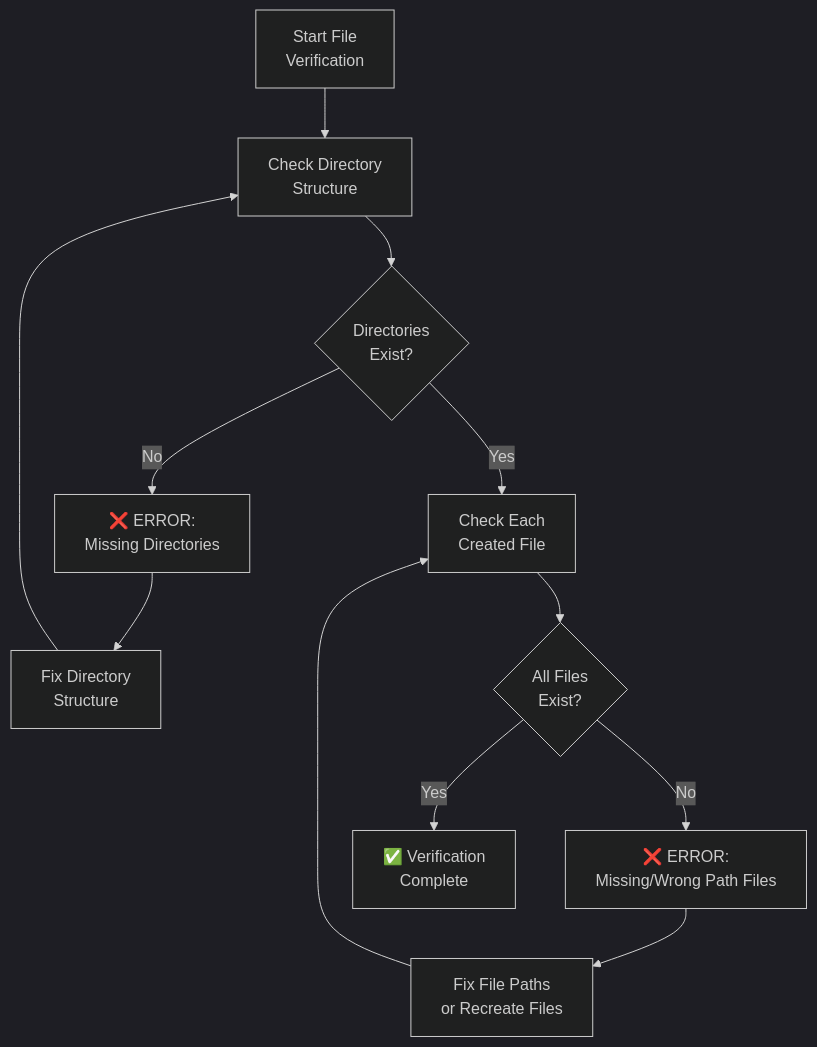
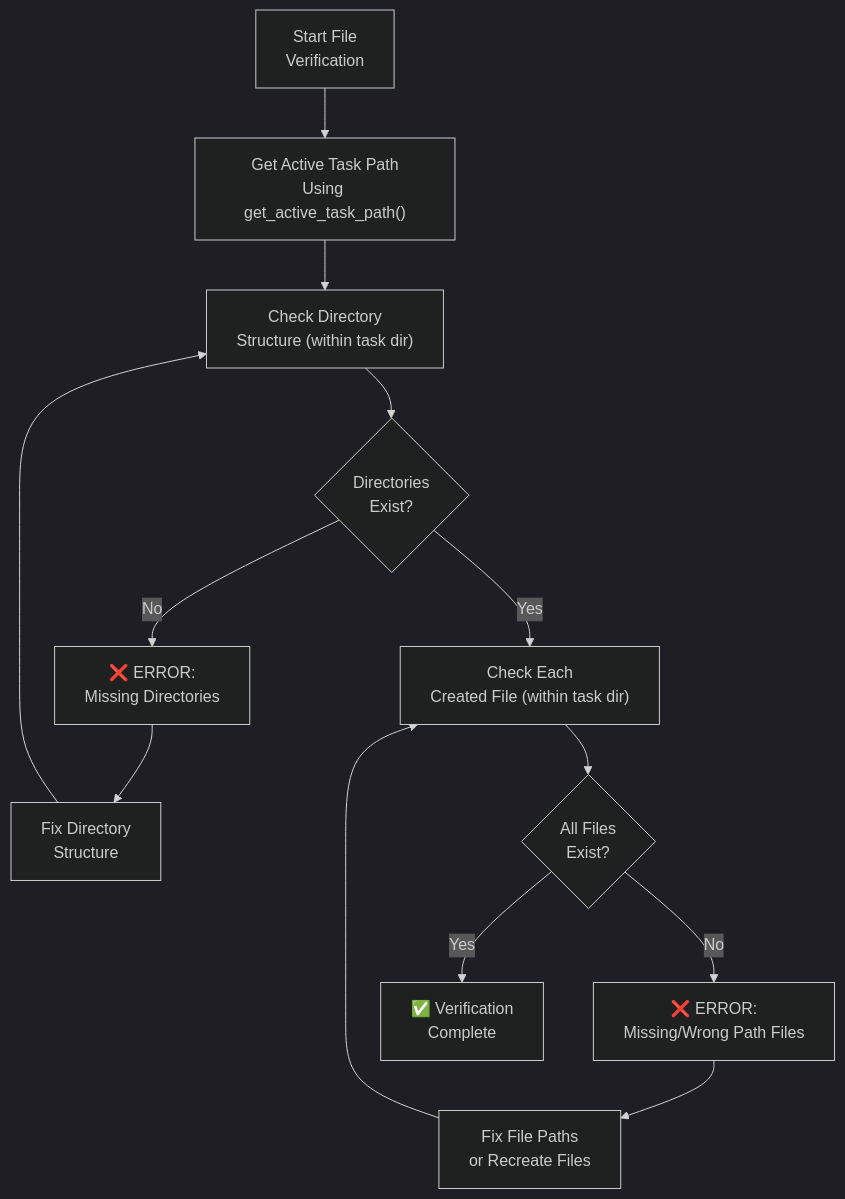
One commit to vanzan01/cursor-memory-bank changed the third of 5 diagrams in .cursor/rules/isolation_rules/visual-maps/implement-mode-map.mdc. Above: the diagram before and after it, drawn with Mermaid (dark theme). The commit also changed other lines of this file and 52 other files, not shown here.

Commit message:
Добавлены новые правила для управления активными задачами и генерации сообщений коммитов. Обновлены существующие правила для улучшения логики обработки контекста и управления задачами. Включены инструкции по созданию заметок для релиза и улучшены диаграммы процесса для режимов ARCHIVE и CREATIVE.

````diff
--- a/.cursor/rules/isolation_rules/visual-maps/implement-mode-map.mdc
+++ b/.cursor/rules/isolation_rules/visual-maps/implement-mode-map.mdc
@@ -133,18 +133,19 @@
 ```mermaid
 graph TD
-    Start["Start File<br>Verification"] --> CheckDir["Check Directory<br>Structure"]
+    Start["Start File<br>Verification"] --> GetActiveTaskPath["Get Active Task Path<br>Using get_active_task_path()"]
+    GetActiveTaskPath --> CheckDir["Check Directory<br>Structure (within task dir)"]
     CheckDir --> DirResult{"Directories<br>Exist?"}
 
     DirResult -->|"No"| ErrorDir["❌ ERROR:<br>Missing Directories"]
-    DirResult -->|"Yes"| CheckFiles["Check Each<br>Created File"]
+    DirResult -->|"Yes"| CheckFiles["Check Each<br>Created File (within task dir)"]
 
     ErrorDir --> FixDir["Fix Directory<br>Structure"]
     FixDir --> CheckDir
 
     CheckFiles --> FileResult{"All Files<br>Exist?"}
     FileResult -->|"No"| ErrorFile["❌ ERROR:<br>Missing/Wrong Path Files"]
     FileResult -->|"Yes"| Complete["✅ Verification<br>Complete"]
 
     ErrorFile --> FixFile["Fix File Paths<br>or Recreate Files"]
     FixFile --> CheckFiles
 ```
````
